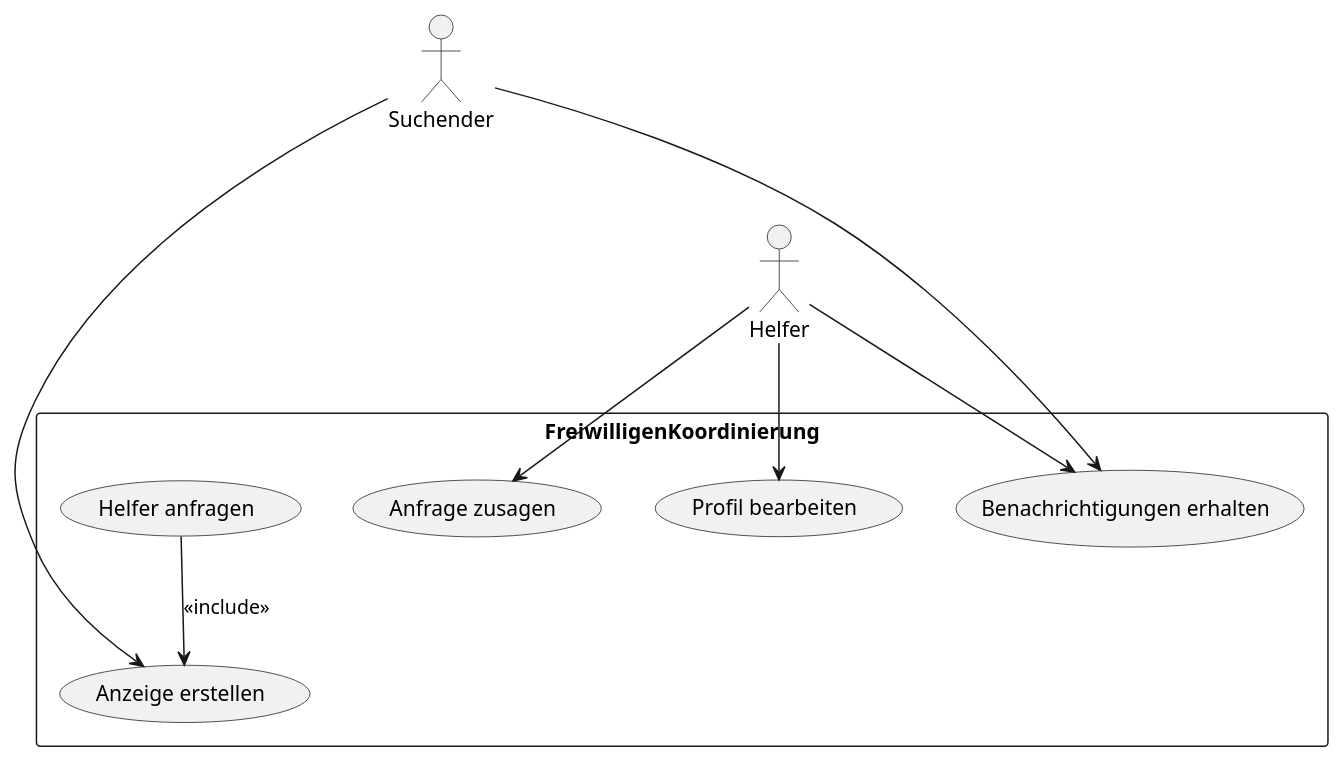
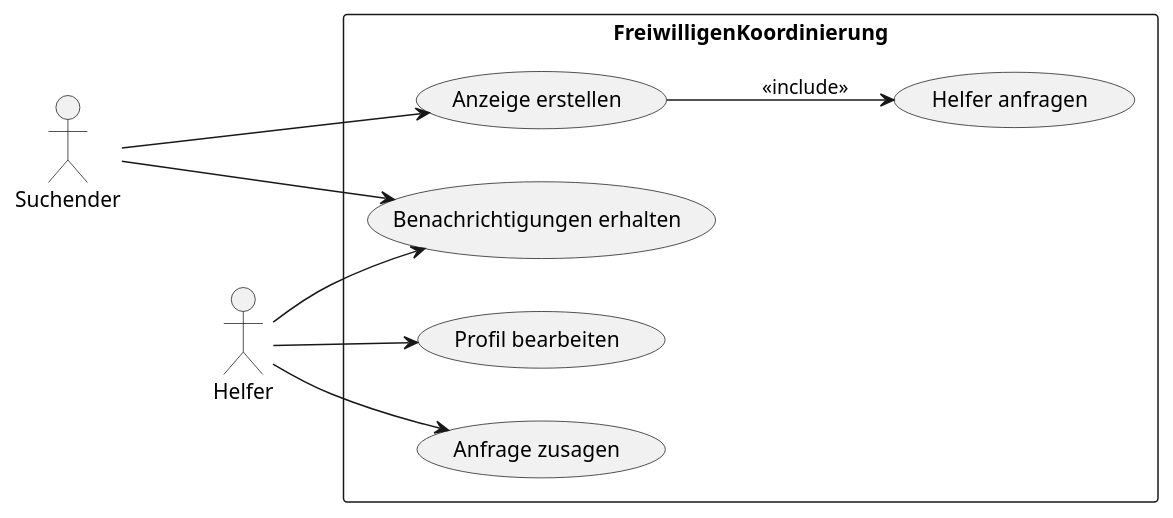
The diagram in usecase1.puml (pxrzivaldev/TeamProjektUML), drawn with PlantUML before and after one commit.

Commit message:
LeftToRIght

```diff
--- a/usecase1.puml
+++ b/usecase1.puml
@@ -1,16 +1,18 @@
 @startuml
 :Suchender:
 :Helfer:
+
+left to right direction
 
 rectangle FreiwilligenKoordinierung {
     Suchender ---> (Anzeige erstellen)
     Suchender ---> (Benachrichtigungen erhalten)
     Helfer --> (Benachrichtigungen erhalten)
     Helfer --> (Profil bearbeiten)
     Helfer --> (Anfrage zusagen)
-    (Helfer anfragen) --> (Anzeige erstellen):<<include>>
+    (Anzeige erstellen) --> (Helfer anfragen):<<include>>
 }
 
 
 
 @enduml
```
